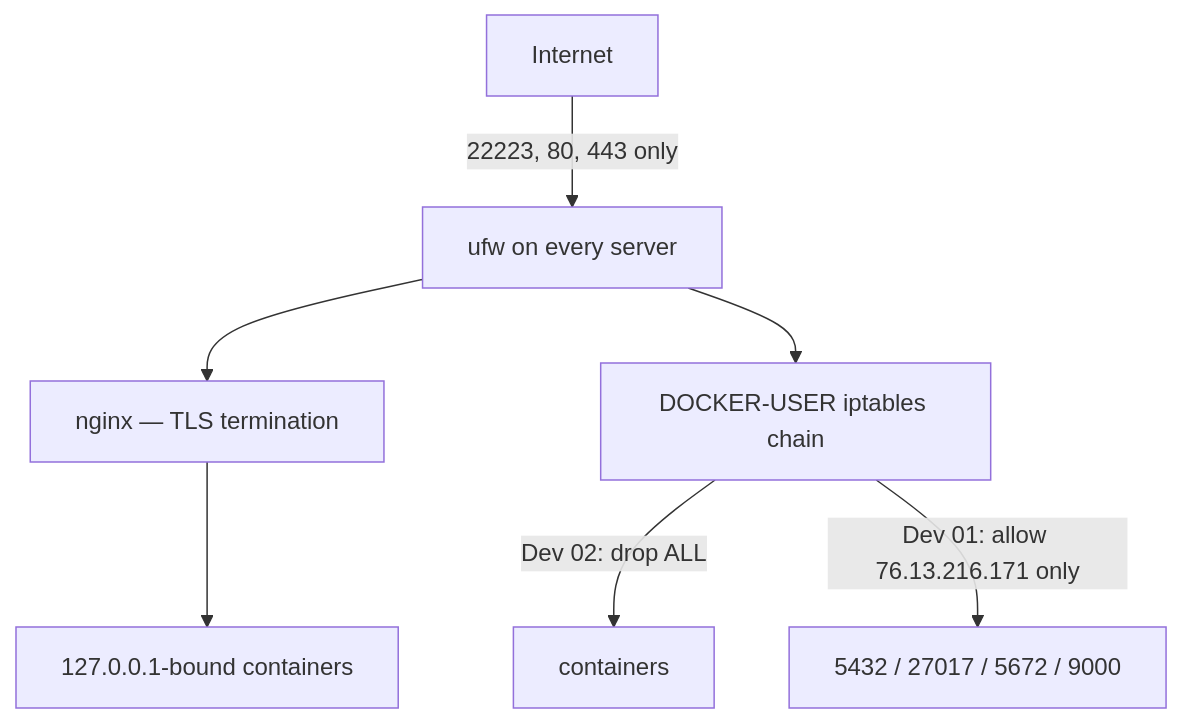
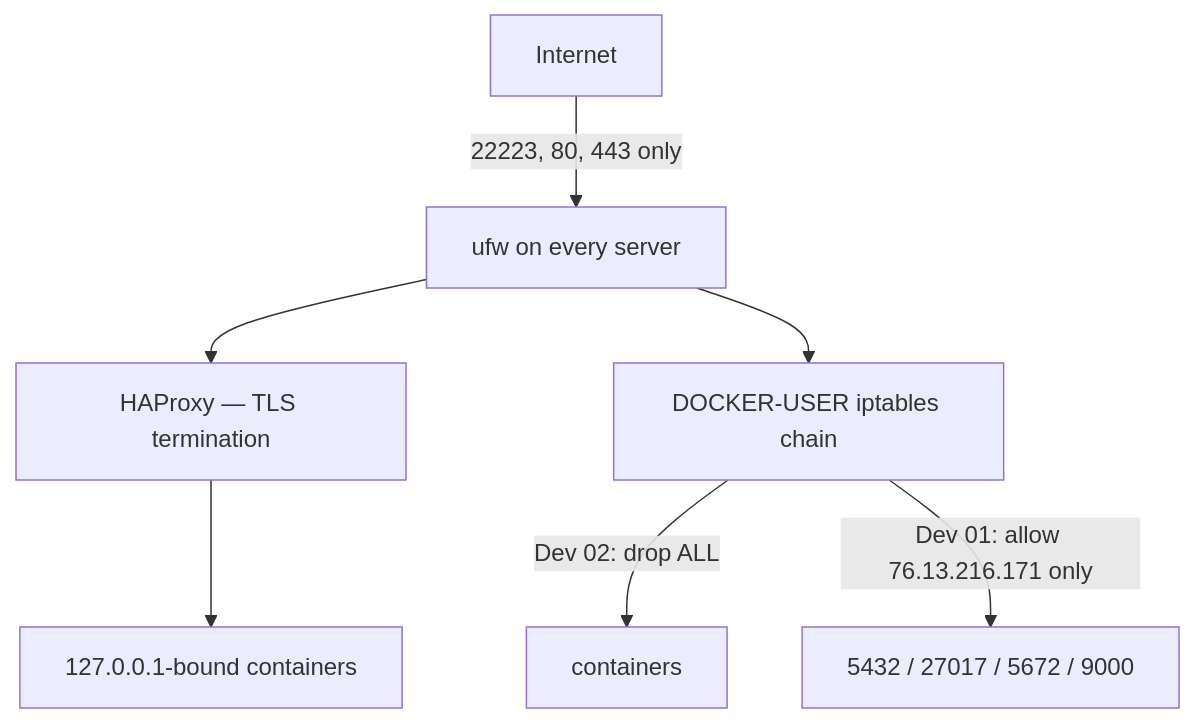
One commit to Rajesh-Sharma-18/aimess_backend changed the sixth of 6 diagrams in deploy/ARCHITECTURE.md. Above: the diagram before and after it, drawn with Mermaid. The commit also changed other lines of this file and 3 other files, not shown here.

First line of the commit message:
docs(deploy): record the apex move and the HAProxy edge

````diff
--- a/deploy/ARCHITECTURE.md
+++ b/deploy/ARCHITECTURE.md
@@ -272,10 +276,10 @@
 ```mermaid
 flowchart TB
     net["Internet"]
     net -->|"22223, 80, 443 only"| edge["ufw on every server"]
-    edge --> ngx["nginx — TLS termination"]
+    edge --> ngx["HAProxy — TLS termination"]
     ngx --> loop["127.0.0.1-bound containers"]
     edge --> du["DOCKER-USER iptables chain"]
     du -->|"Dev 02: drop ALL"| c2["containers"]
     du -->|"Dev 01: allow 76.13.216.171 only"| c1["5432 / 27017 / 5672 / 9000"]
 ```
````
